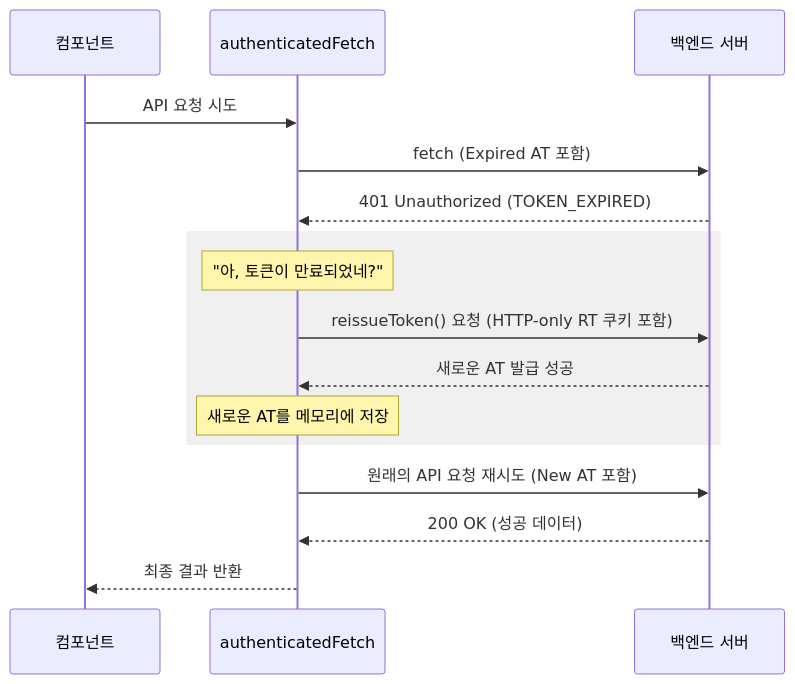
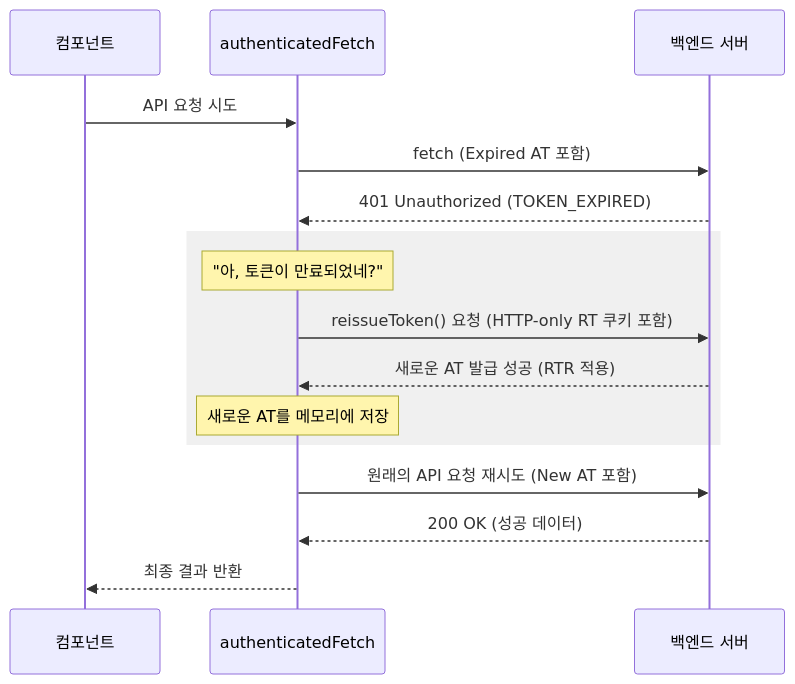
The diagram in docs/auth.md (aqwsde321/shoemoa-frontend), drawn with Mermaid before and after one commit. The commit also changed other lines of this file, not shown here.

````diff
--- a/docs/auth.md
+++ b/docs/auth.md
@@ -43,21 +64,21 @@
 ```mermaid
 sequenceDiagram
     participant App as 컴포넌트
     participant AF as authenticatedFetch
     participant Server as 백엔드 서버
 
     App->>AF: API 요청 시도
     AF->>Server: fetch (Expired AT 포함)
     Server-->>AF: 401 Unauthorized (TOKEN_EXPIRED)
     
     rect rgb(240, 240, 240)
         Note over AF: "아, 토큰이 만료되었네?"
         AF->>Server: reissueToken() 요청 (HTTP-only RT 쿠키 포함)
-        Server-->>AF: 새로운 AT 발급 성공
+        Server-->>AF: 새로운 AT 발급 성공 (RTR 적용)
         Note over AF: 새로운 AT를 메모리에 저장
     end
 
     AF->>Server: 원래의 API 요청 재시도 (New AT 포함)
     Server-->>AF: 200 OK (성공 데이터)
     AF-->>App: 최종 결과 반환
 ```
````
